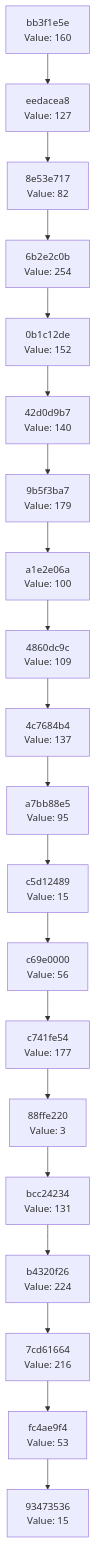
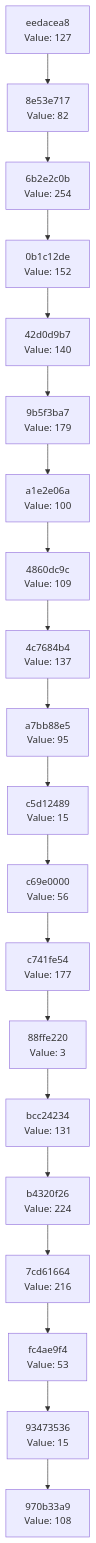
Before and after one commit to Abhisheksinha1506/hash-chain-evolver: the diagram in docs/CHAIN_VISUALIZATION.md, drawn with Mermaid. The commit also changed 3 other files, not shown here.

````diff
--- a/docs/CHAIN_VISUALIZATION.md
+++ b/docs/CHAIN_VISUALIZATION.md
@@ -3,42 +3,42 @@
 ```mermaid
 graph TD
-    C0["93473536<br/>Value: 15"]
-    C1["fc4ae9f4<br/>Value: 53"]
+    C0["970b33a9<br/>Value: 108"]
+    C1["93473536<br/>Value: 15"]
     C1 --> C0
-    C2["7cd61664<br/>Value: 216"]
+    C2["fc4ae9f4<br/>Value: 53"]
     C2 --> C1
-    C3["b4320f26<br/>Value: 224"]
+    C3["7cd61664<br/>Value: 216"]
     C3 --> C2
-    C4["bcc24234<br/>Value: 131"]
+    C4["b4320f26<br/>Value: 224"]
     C4 --> C3
-    C5["88ffe220<br/>Value: 3"]
+    C5["bcc24234<br/>Value: 131"]
     C5 --> C4
-    C6["c741fe54<br/>Value: 177"]
+    C6["88ffe220<br/>Value: 3"]
     C6 --> C5
-    C7["c69e0000<br/>Value: 56"]
+    C7["c741fe54<br/>Value: 177"]
     C7 --> C6
-    C8["c5d12489<br/>Value: 15"]
+    C8["c69e0000<br/>Value: 56"]
     C8 --> C7
-    C9["a7bb88e5<br/>Value: 95"]
+    C9["c5d12489<br/>Value: 15"]
     C9 --> C8
-    C10["4c7684b4<br/>Value: 137"]
+    C10["a7bb88e5<br/>Value: 95"]
     C10 --> C9
-    C11["4860dc9c<br/>Value: 109"]
+    C11["4c7684b4<br/>Value: 137"]
     C11 --> C10
-    C12["a1e2e06a<br/>Value: 100"]
+    C12["4860dc9c<br/>Value: 109"]
     C12 --> C11
-    C13["9b5f3ba7<br/>Value: 179"]
+    C13["a1e2e06a<br/>Value: 100"]
     C13 --> C12
-    C14["42d0d9b7<br/>Value: 140"]
+    C14["9b5f3ba7<br/>Value: 179"]
     C14 --> C13
-    C15["0b1c12de<br/>Value: 152"]
+    C15["42d0d9b7<br/>Value: 140"]
     C15 --> C14
-    C16["6b2e2c0b<br/>Value: 254"]
+    C16["0b1c12de<br/>Value: 152"]
     C16 --> C15
-    C17["8e53e717<br/>Value: 82"]
+    C17["6b2e2c0b<br/>Value: 254"]
     C17 --> C16
-    C18["eedacea8<br/>Value: 127"]
+    C18["8e53e717<br/>Value: 82"]
     C18 --> C17
-    C19["bb3f1e5e<br/>Value: 160"]
+    C19["eedacea8<br/>Value: 127"]
     C19 --> C18
 ```
````
